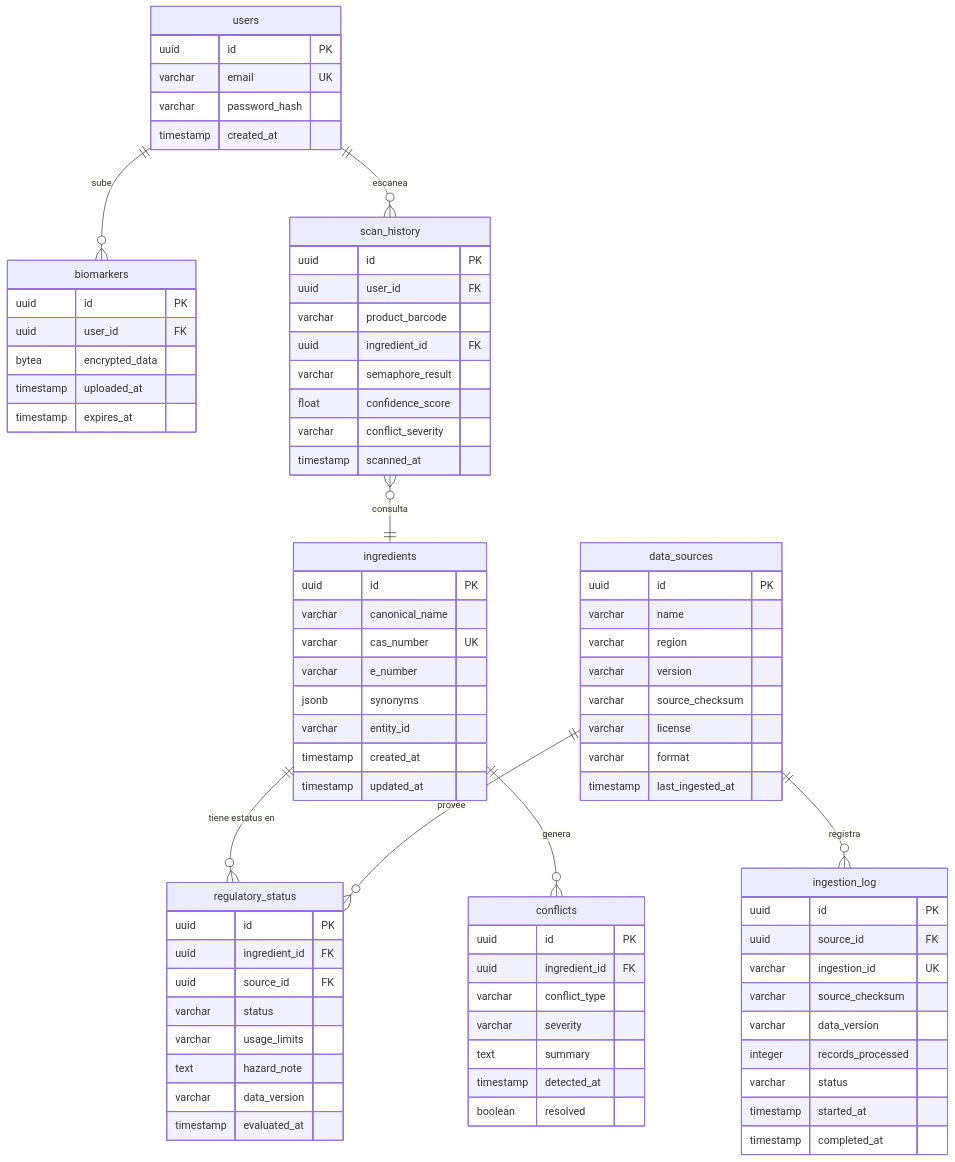
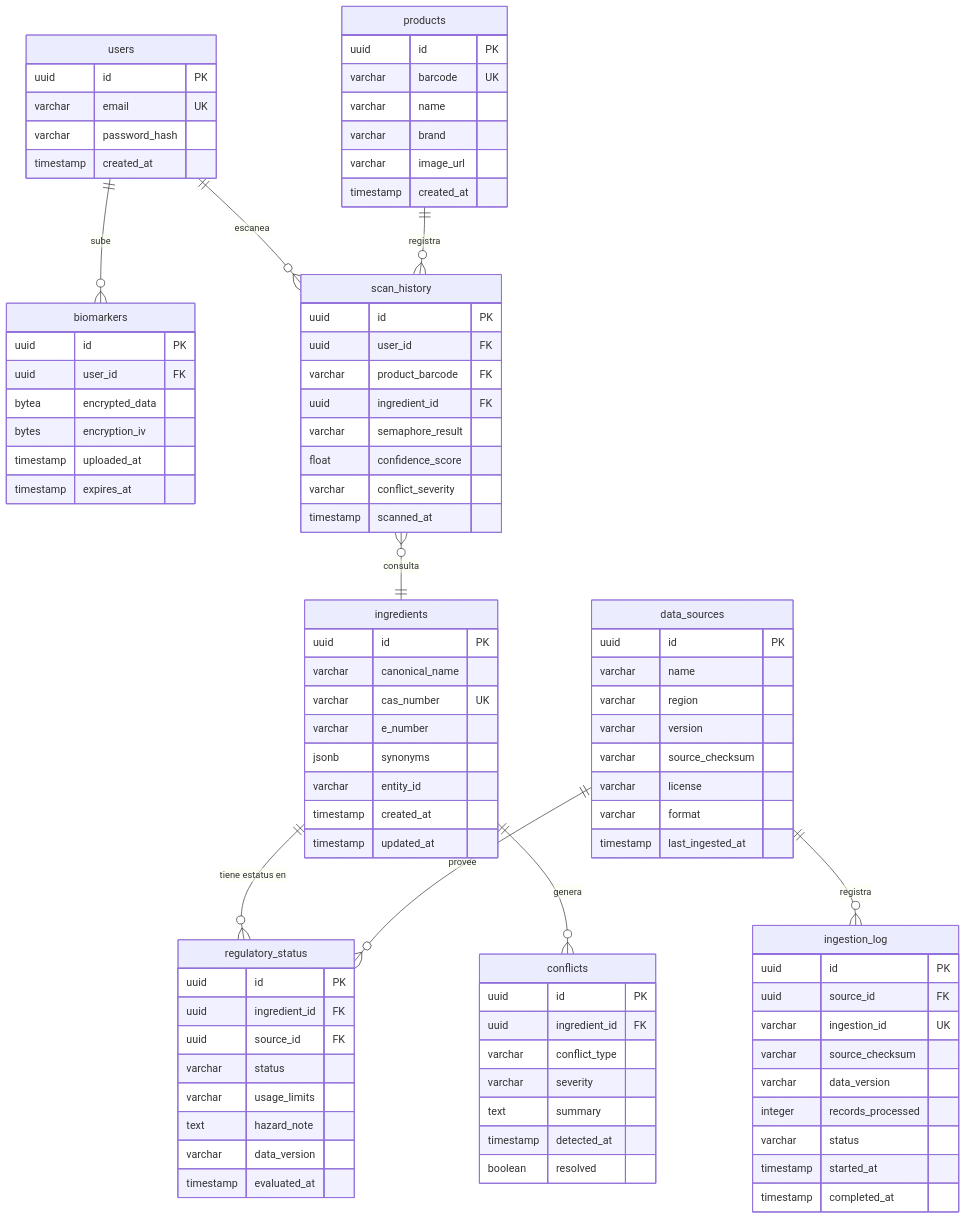
One commit to albertofragoso/bioshield-ai changed the diagram in docs/architecture.md. Above: the diagram before and after it, drawn with Mermaid. The commit also changed other lines of this file and 2 other files, not shown here.

Commit message:
Schema: Add SQLAlchemy ORM models (users, biomarkers + encryption_iv, products,   ingredients, regulatory_status, conflicts, data_sources, ingestion_log, scan_history)   and update architecture.md with products table normalization and FK relationships

```diff
--- a/docs/architecture.md
+++ b/docs/architecture.md
@@ -22,6 +22,7 @@
 erDiagram
     users ||--o{ biomarkers : "sube"
     users ||--o{ scan_history : "escanea"
+    products ||--o{ scan_history : "registra"
     ingredients ||--o{ regulatory_status : "tiene estatus en"
     ingredients ||--o{ conflicts : "genera"
     data_sources ||--o{ regulatory_status : "provee"
@@ -35,10 +36,20 @@
         timestamp created_at
     }
 
+    products {
+        uuid id PK
+        varchar barcode UK
+        varchar name
+        varchar brand
+        varchar image_url
+        timestamp created_at
+    }
+
     biomarkers {
         uuid id PK
         uuid user_id FK
         bytea encrypted_data
+        bytes encryption_iv
         timestamp uploaded_at
         timestamp expires_at
     }
@@ -46,7 +57,7 @@
     scan_history {
         uuid id PK
         uuid user_id FK
-        varchar product_barcode
+        varchar product_barcode FK
         uuid ingredient_id FK
         varchar semaphore_result
         float confidence_score
```
